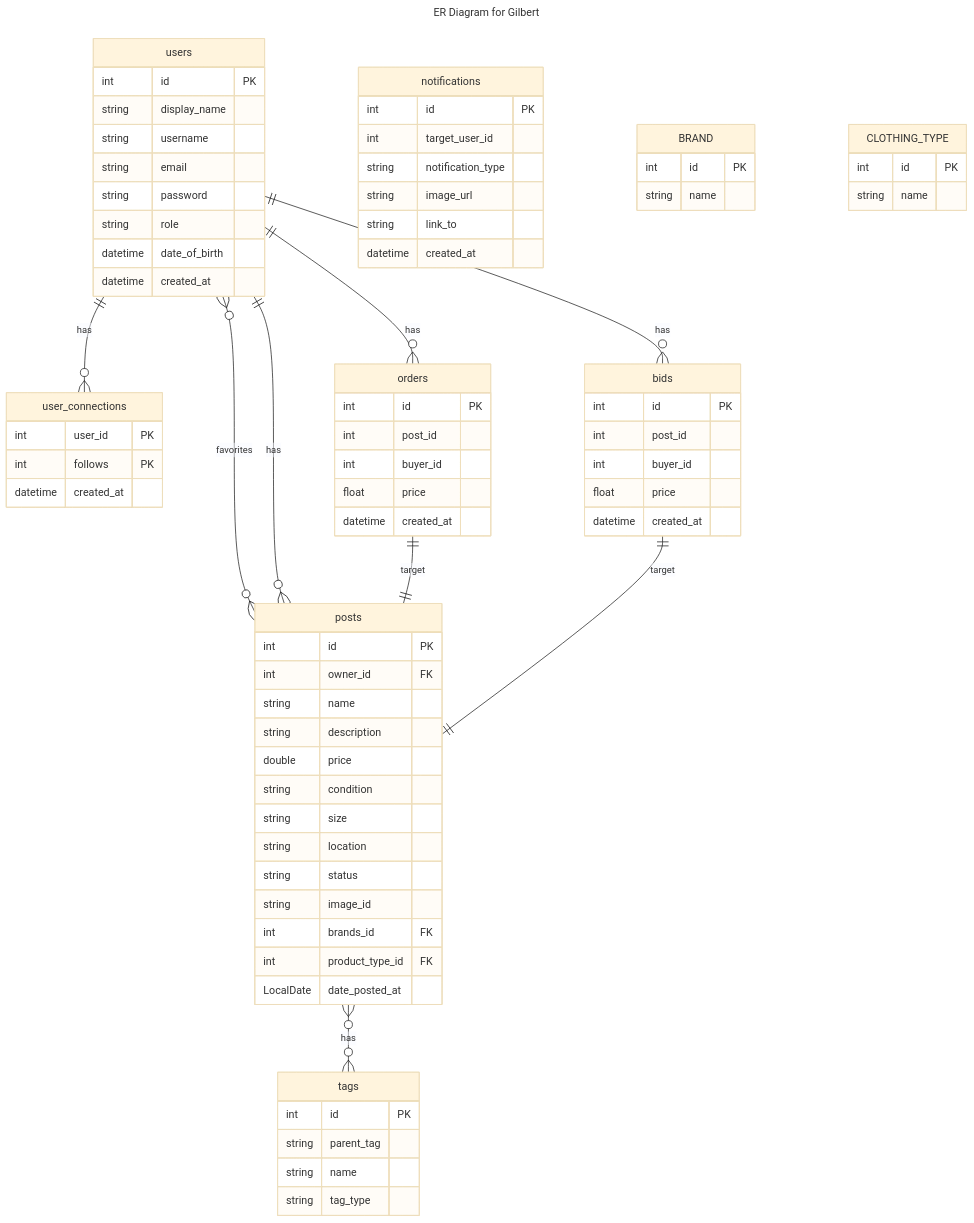
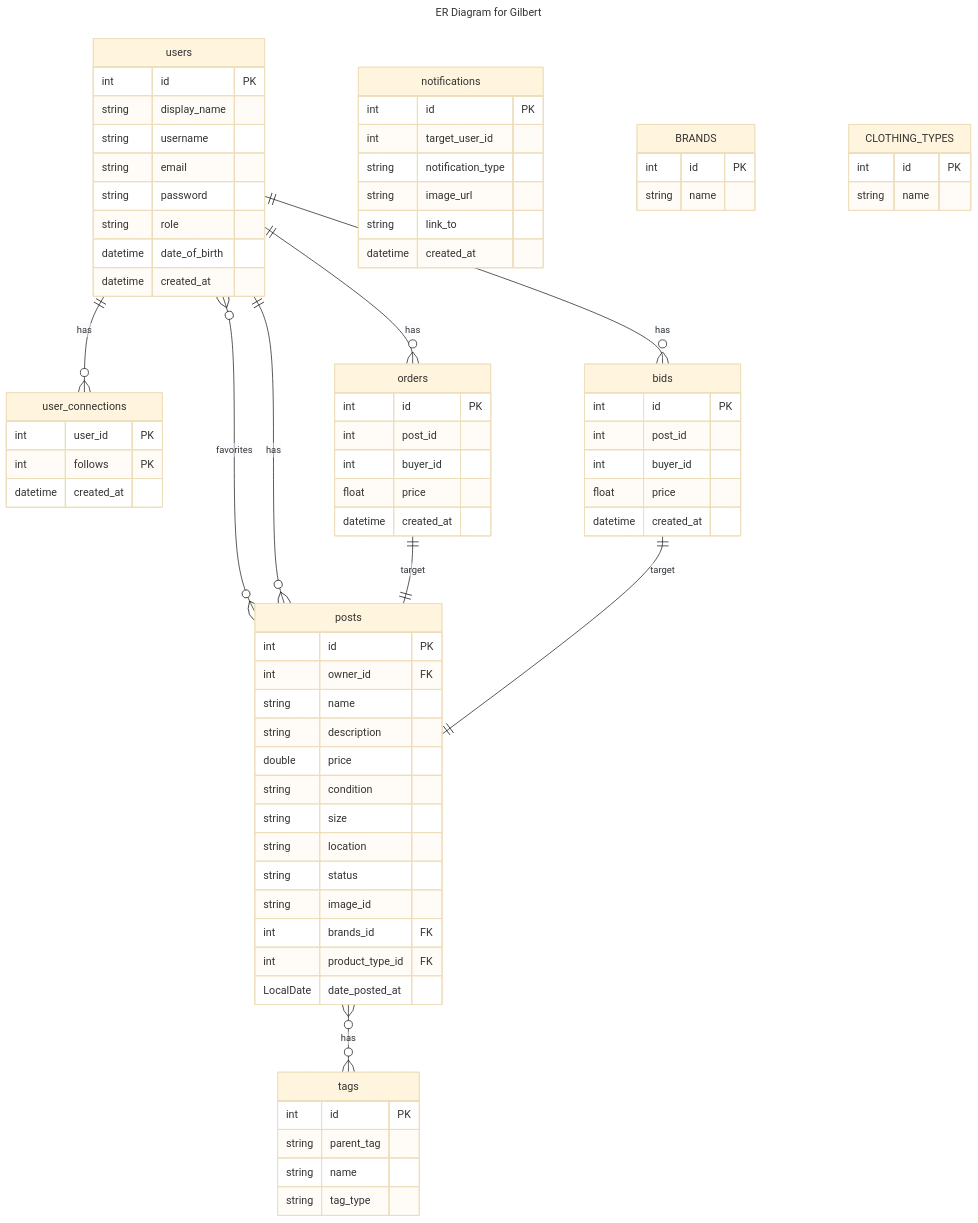
Before and after one commit to zealand-cs/Gilbert: the diagram in Documents/Diagrams/ERDiagram.md, drawn with Mermaid (base theme).

Commit message:
De rette annotations, samt Enum Condition klasse og rettet ER-diagram til at passe til Postklassen.

```diff
--- a/Documents/Diagrams/ERDiagram.md
+++ b/Documents/Diagrams/ERDiagram.md
@@ -71,12 +71,12 @@
     string tag_type
 }
 
-BRAND {
+BRANDS {
     int id PK
     string name
 }
 
-CLOTHING_TYPE {
+CLOTHING_TYPES {
     int id PK
     string name
 }
```
